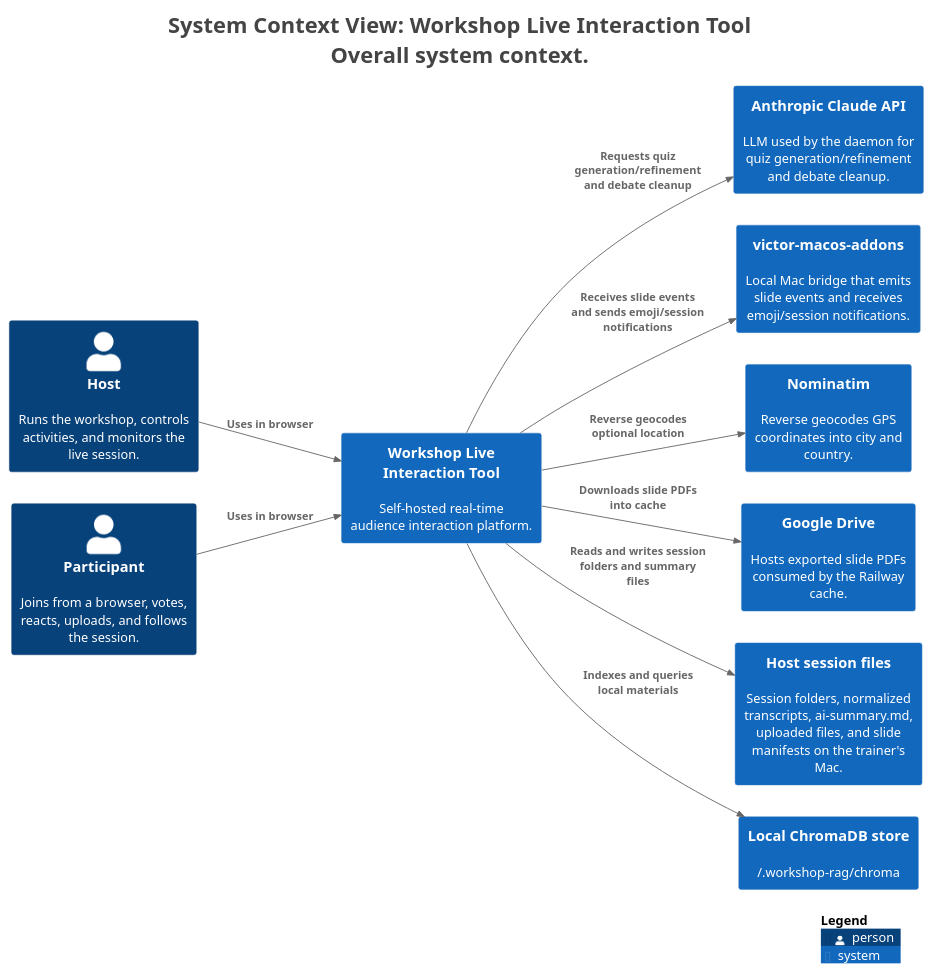
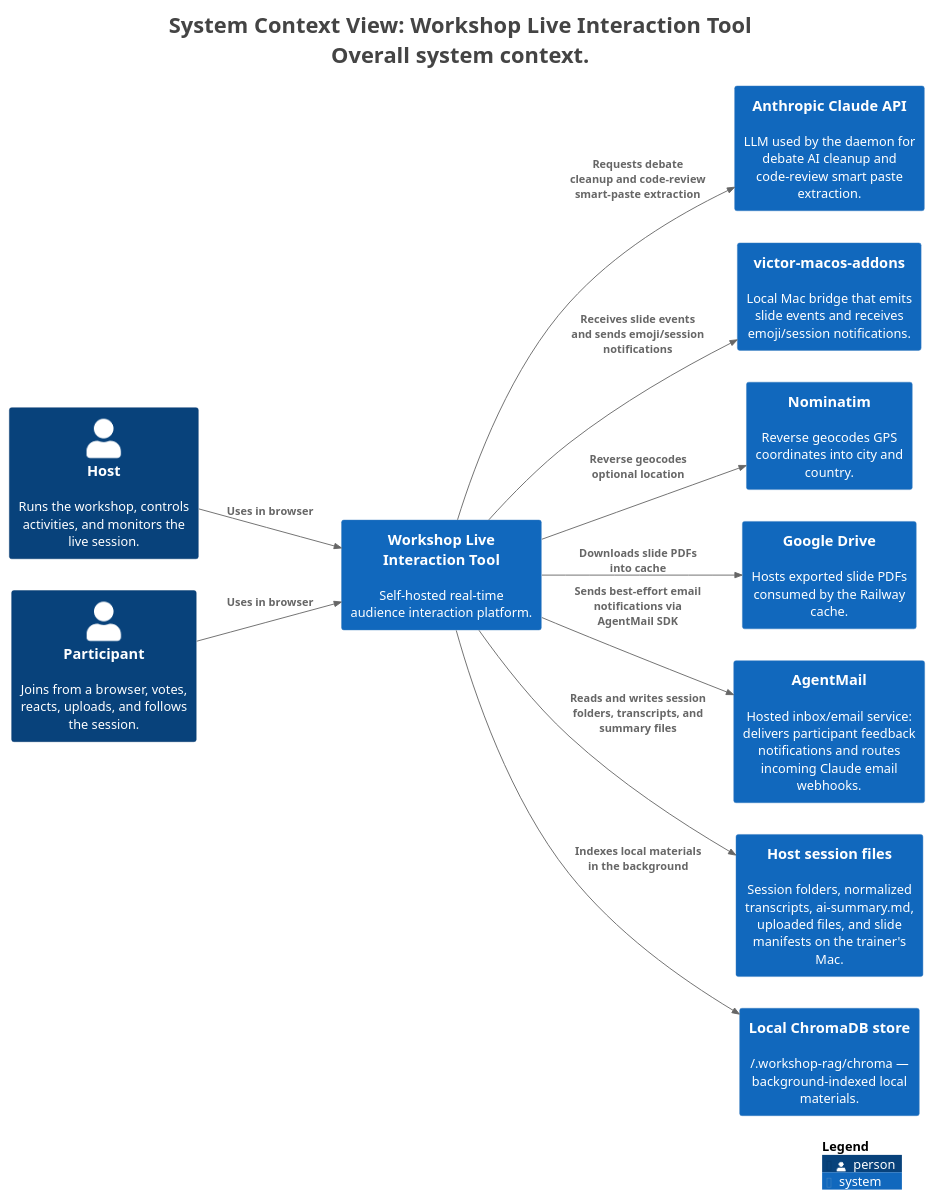
One commit to victorrentea/training-assistant changed the diagram in docs/c4views/C1-System-Context.puml. Above: the diagram before and after it, drawn with PlantUML. The commit also changed 33 other files, not shown here.

```diff
--- a/docs/c4views/C1-System-Context.puml
+++ b/docs/c4views/C1-System-Context.puml
@@ -1,38 +1,40 @@
 @startuml
 title <size:24>System Context View: Workshop Live Interaction Tool</size>\n<size:24>Overall system context.</size>
 
 set separator none
 left to right direction
 
 <style>
   root {
     BackgroundColor: #ffffff
     FontColor: #444444
   }
 </style>
 
 !include <C4/C4>
 !include <C4/C4_Context>
 
 Person(Host, "Host", $descr="Runs the workshop, controls activities, and monitors the live session.", $tags="", $link="")
+System(WorkshopLiveInteractionTool, "Workshop Live Interaction Tool", $descr="Self-hosted real-time audience interaction platform.", $tags="", $link="")
 Person(Participant, "Participant", $descr="Joins from a browser, votes, reacts, uploads, and follows the session.", $tags="", $link="")
-System(AnthropicClaudeAPI, "Anthropic Claude API", $descr="LLM used by the daemon for quiz generation/refinement and debate cleanup.", $tags="", $link="")
+System(AnthropicClaudeAPI, "Anthropic Claude API", $descr="LLM used by the daemon for debate AI cleanup and code-review smart paste extraction.", $tags="", $link="")
 System(victormacosaddons, "victor-macos-addons", $descr="Local Mac bridge that emits slide events and receives emoji/session notifications.", $tags="", $link="")
 System(Nominatim, "Nominatim", $descr="Reverse geocodes GPS coordinates into city and country.", $tags="", $link="")
 System(GoogleDrive, "Google Drive", $descr="Hosts exported slide PDFs consumed by the Railway cache.", $tags="", $link="")
+System(AgentMail, "AgentMail", $descr="Hosted inbox/email service: delivers participant feedback notifications and routes incoming Claude email webhooks.", $tags="", $link="")
 System(Hostsessionfiles, "Host session files", $descr="Session folders, normalized transcripts, ai-summary.md, uploaded files, and slide manifests on the trainer's Mac.", $tags="", $link="")
-System(LocalChromaDBstore, "Local ChromaDB store", $descr="~/.workshop-rag/chroma", $tags="", $link="")
-System(WorkshopLiveInteractionTool, "Workshop Live Interaction Tool", $descr="Self-hosted real-time audience interaction platform.", $tags="", $link="")
+System(LocalChromaDBstore, "Local ChromaDB store", $descr="~/.workshop-rag/chroma — background-indexed local materials.", $tags="", $link="")
 
 Rel(Participant, WorkshopLiveInteractionTool, "Uses in browser", $techn="", $tags="", $link="")
 Rel(Host, WorkshopLiveInteractionTool, "Uses in browser", $techn="", $tags="", $link="")
 Rel(WorkshopLiveInteractionTool, Nominatim, "Reverse geocodes optional location", $techn="", $tags="", $link="")
-Rel(WorkshopLiveInteractionTool, AnthropicClaudeAPI, "Requests quiz generation/refinement and debate cleanup", $techn="", $tags="", $link="")
+Rel(WorkshopLiveInteractionTool, AnthropicClaudeAPI, "Requests debate cleanup and code-review smart-paste extraction", $techn="", $tags="", $link="")
 Rel(WorkshopLiveInteractionTool, victormacosaddons, "Receives slide events and sends emoji/session notifications", $techn="", $tags="", $link="")
-Rel(WorkshopLiveInteractionTool, Hostsessionfiles, "Reads and writes session folders and summary files", $techn="", $tags="", $link="")
-Rel(WorkshopLiveInteractionTool, LocalChromaDBstore, "Indexes and queries local materials", $techn="", $tags="", $link="")
+Rel(WorkshopLiveInteractionTool, AgentMail, "Sends best-effort email notifications via AgentMail SDK", $techn="", $tags="", $link="")
+Rel(WorkshopLiveInteractionTool, Hostsessionfiles, "Reads and writes session folders, transcripts, and summary files", $techn="", $tags="", $link="")
+Rel(WorkshopLiveInteractionTool, LocalChromaDBstore, "Indexes local materials in the background", $techn="", $tags="", $link="")
 Rel(WorkshopLiveInteractionTool, GoogleDrive, "Downloads slide PDFs into cache", $techn="", $tags="", $link="")
 
 SHOW_LEGEND(true)
 hide stereotypes
 @enduml
```
